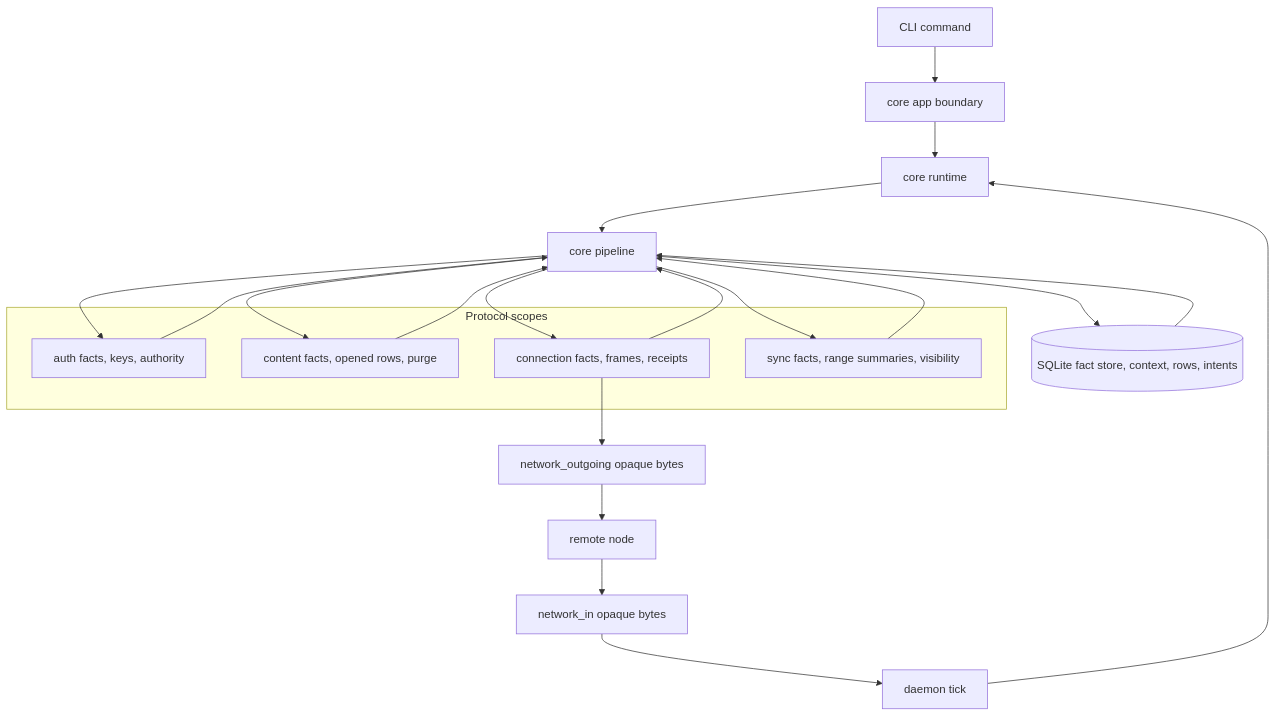
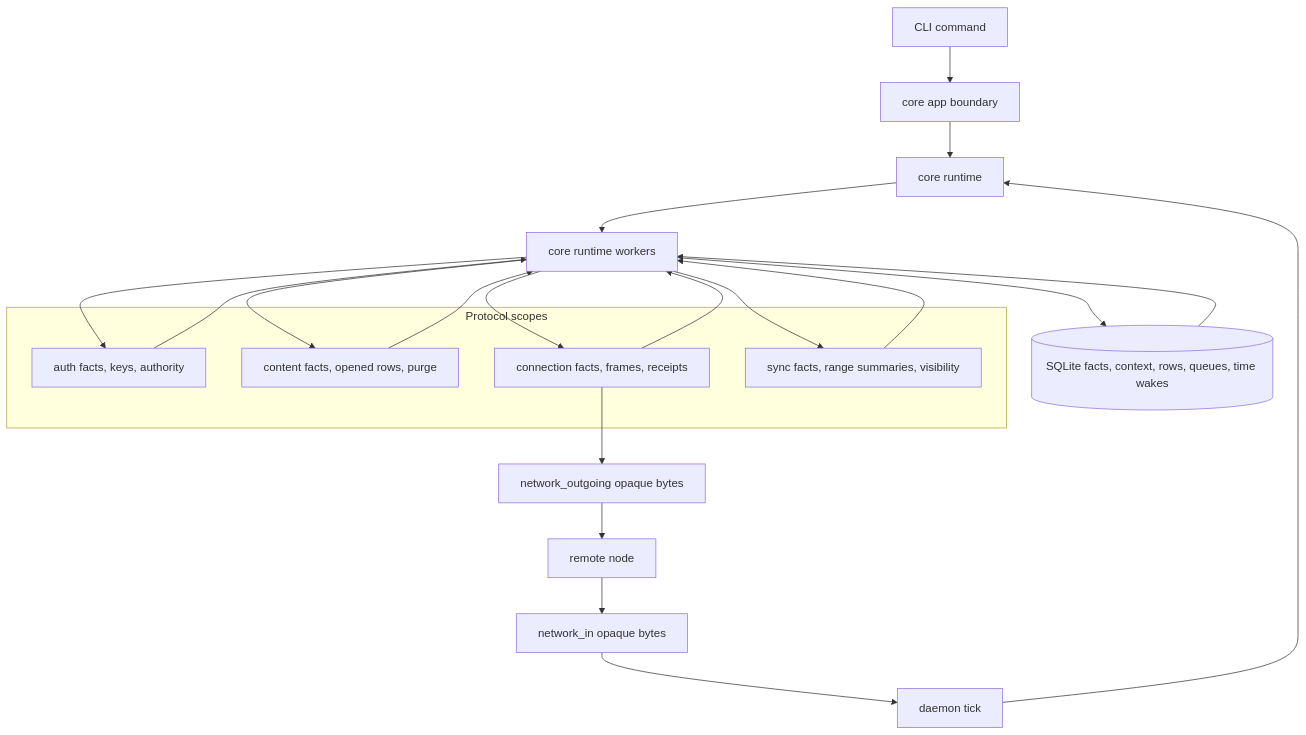
The first of 6 diagrams in ARCHITECTURE_DIAGRAMS.md (holmesworcester/poc-10), drawn with Mermaid before and after one commit. The commit also changed other lines of this file and 2 other files, not shown here.

````diff
--- a/ARCHITECTURE_DIAGRAMS.md
+++ b/ARCHITECTURE_DIAGRAMS.md
@@ -14,32 +14,32 @@
 ```mermaid
 %%{init: {"flowchart": {"wrappingWidth": 320}} }%%
 flowchart TD
     USER["CLI command"] --> APP["core app boundary"]
     DAEMON["daemon tick"] --> RUNTIME["core runtime"]
     APP --> RUNTIME
 
     NET_IN["network_in opaque bytes"] --> DAEMON
-    RUNTIME --> PIPE["core pipeline"]
-    PIPE --> STORE[("SQLite fact store, context, rows, intents")]
-    STORE --> PIPE
+    RUNTIME --> WORKERS["core runtime workers"]
+    WORKERS --> STORE[("SQLite facts, context, rows, queues, time wakes")]
+    STORE --> WORKERS
 
     subgraph SCOPES["Protocol scopes"]
       AUTH["auth facts, keys, authority"]
       CONTENT["content facts, opened rows, purge"]
       CONNECTION["connection facts, frames, receipts"]
       SYNC["sync facts, range summaries, visibility"]
     end
 
-    PIPE --> AUTH
-    PIPE --> CONTENT
-    PIPE --> CONNECTION
-    PIPE --> SYNC
-    AUTH --> PIPE
-    CONTENT --> PIPE
-    CONNECTION --> PIPE
-    SYNC --> PIPE
+    WORKERS --> AUTH
+    WORKERS --> CONTENT
+    WORKERS --> CONNECTION
+    WORKERS --> SYNC
+    AUTH --> WORKERS
+    CONTENT --> WORKERS
+    CONNECTION --> WORKERS
+    SYNC --> WORKERS
 
     CONNECTION --> NET_OUT["network_outgoing opaque bytes"]
     NET_OUT --> PEER["remote node"]
     PEER --> NET_IN
 ```
````
